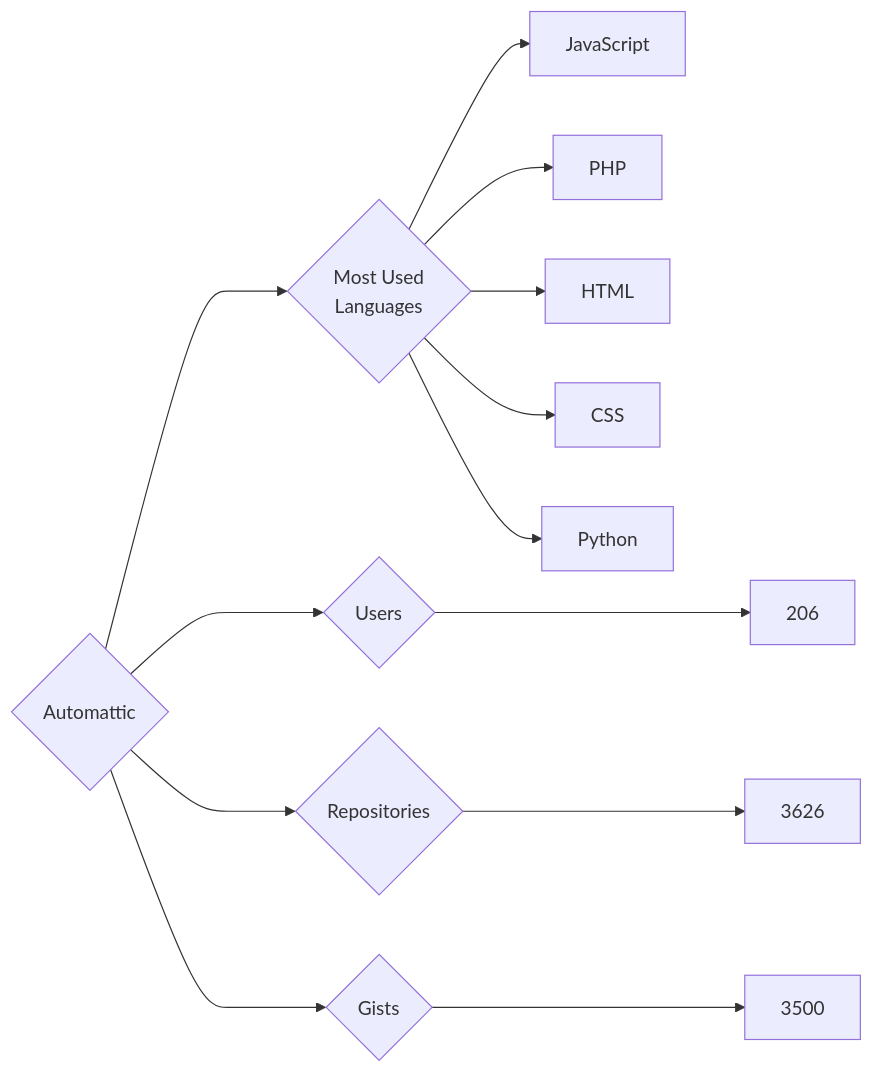
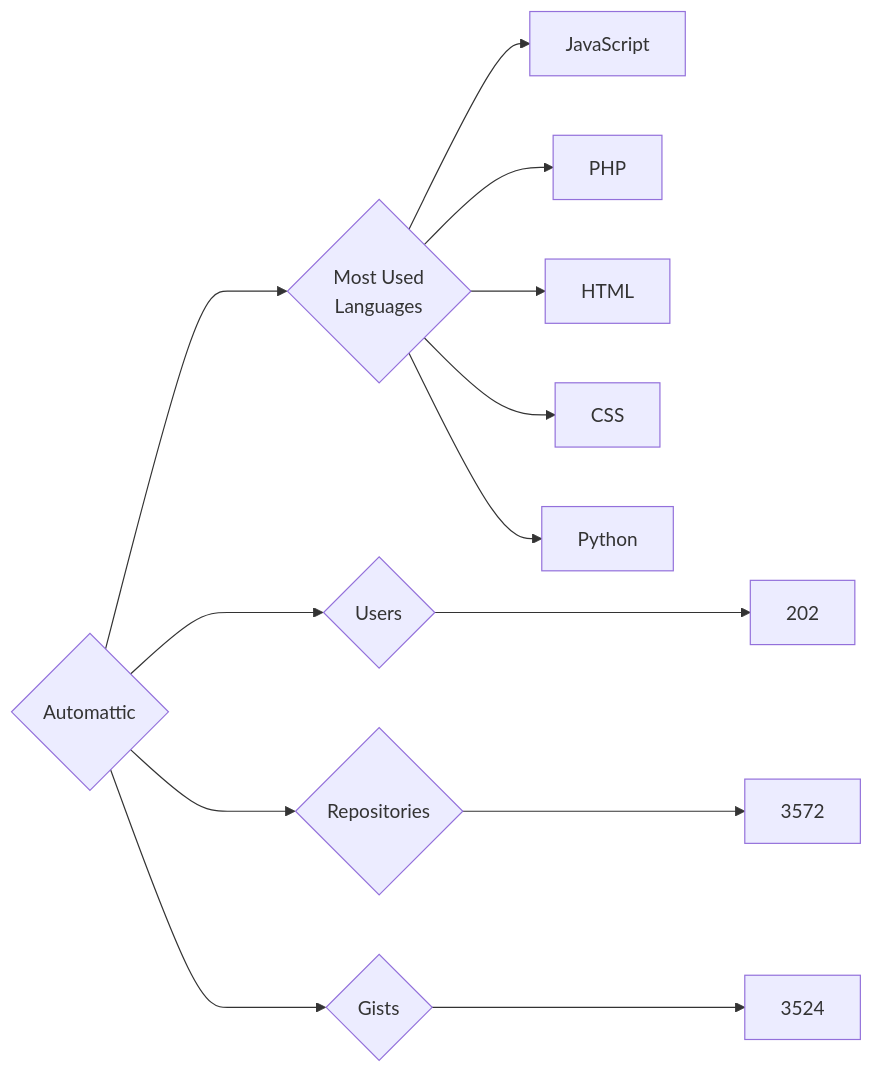
The diagram in targets/Automattic/README.md (trickest/insiders), drawn with Mermaid before and after one commit. The commit also changed 682 other files, not shown here.

````diff
--- a/targets/Automattic/README.md
+++ b/targets/Automattic/README.md
@@ -3,13 +3,13 @@
 ```mermaid
 graph LR
 COMPANY_NAME{Automattic}
-COMPANY_NAME ---> U{Users} ---> UN[206]
-COMPANY_NAME ---> R{Repositories} ---> RN[3626]
-COMPANY_NAME ---> G{Gists} ---> GN[3500]
+COMPANY_NAME ---> U{Users} ---> UN[202]
+COMPANY_NAME ---> R{Repositories} ---> RN[3572]
+COMPANY_NAME ---> G{Gists} ---> GN[3524]
 COMPANY_NAME ---> ML{Most Used<br>Languages}
 ML --> JavaScript[JavaScript]
 ML --> PHP[PHP]
 ML --> HTML[HTML]
 ML --> CSS[CSS]
 ML --> Python[Python]
 ```
````
